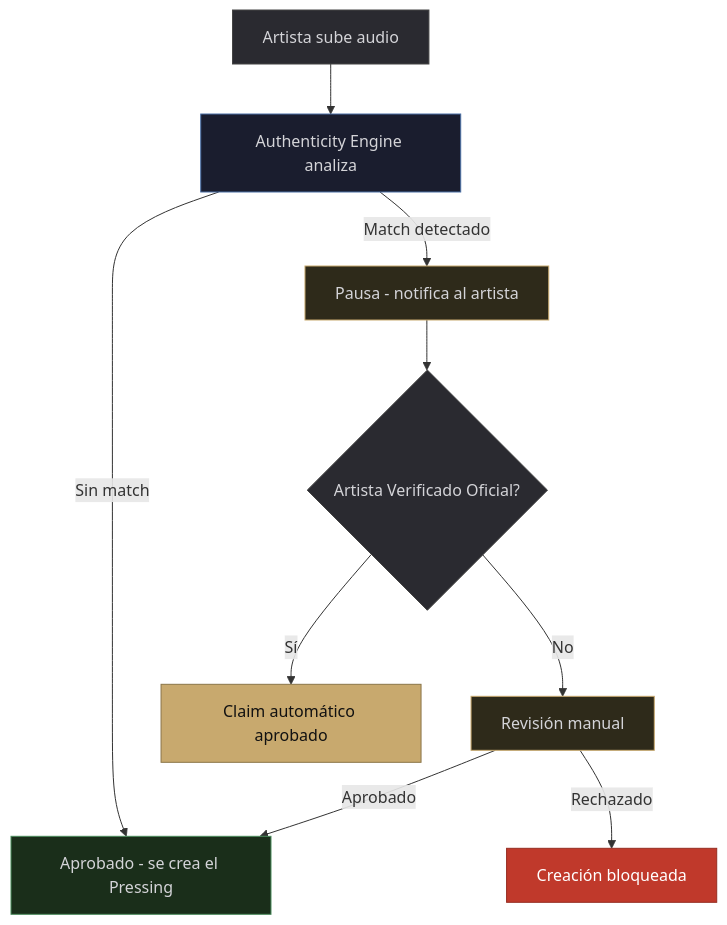
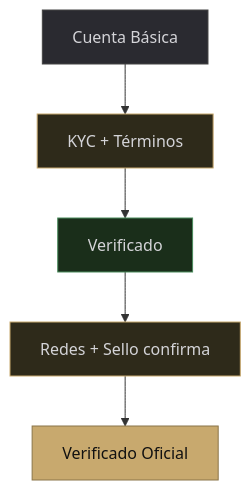
Before and after one commit to groovesart/grooves-docs: the seventh of 7 diagrams in la-solucion.md, drawn with Mermaid. The commit also changed other lines of this file, not shown here.

````diff
--- a/la-solucion.md
+++ b/la-solucion.md
@@ -242,19 +269,12 @@
 ```mermaid
 graph TB
-    A[Artista sube audio] --> B[Authenticity Engine analiza]
-    B -->|Sin match| C[Aprobado - se crea el Pressing]
-    B -->|Match detectado| D[Pausa - notifica al artista]
-    D --> E{Artista Verificado Oficial?}
-    E -->|Sí| F[Claim automático aprobado]
-    E -->|No| G[Revisión manual]
-    G -->|Aprobado| C
-    G -->|Rechazado| H[Creación bloqueada]
+    A[Cuenta Básica] --> B[KYC + Términos]
+    B --> C[Verificado]
+    C --> D[Redes + Sello confirma]
+    D --> E[Verificado Oficial]
     style A fill:#2a2a30,color:#d4d4d8,stroke:#444
-    style B fill:#1a1d2e,color:#d4d4d8,stroke:#4a6fa5
+    style B fill:#2e2a1a,color:#d4d4d8,stroke:#C8A96E
     style C fill:#1a2e1a,color:#d4d4d8,stroke:#4a8c5c
     style D fill:#2e2a1a,color:#d4d4d8,stroke:#C8A96E
-    style E fill:#2a2a30,color:#d4d4d8,stroke:#444
-    style F fill:#C8A96E,color:#111,stroke:#8a7548
-    style G fill:#2e2a1a,color:#d4d4d8,stroke:#C8A96E
-    style H fill:#c0392b,color:#fff,stroke:#962d22
+    style E fill:#C8A96E,color:#111,stroke:#8a7548
 ```
````
